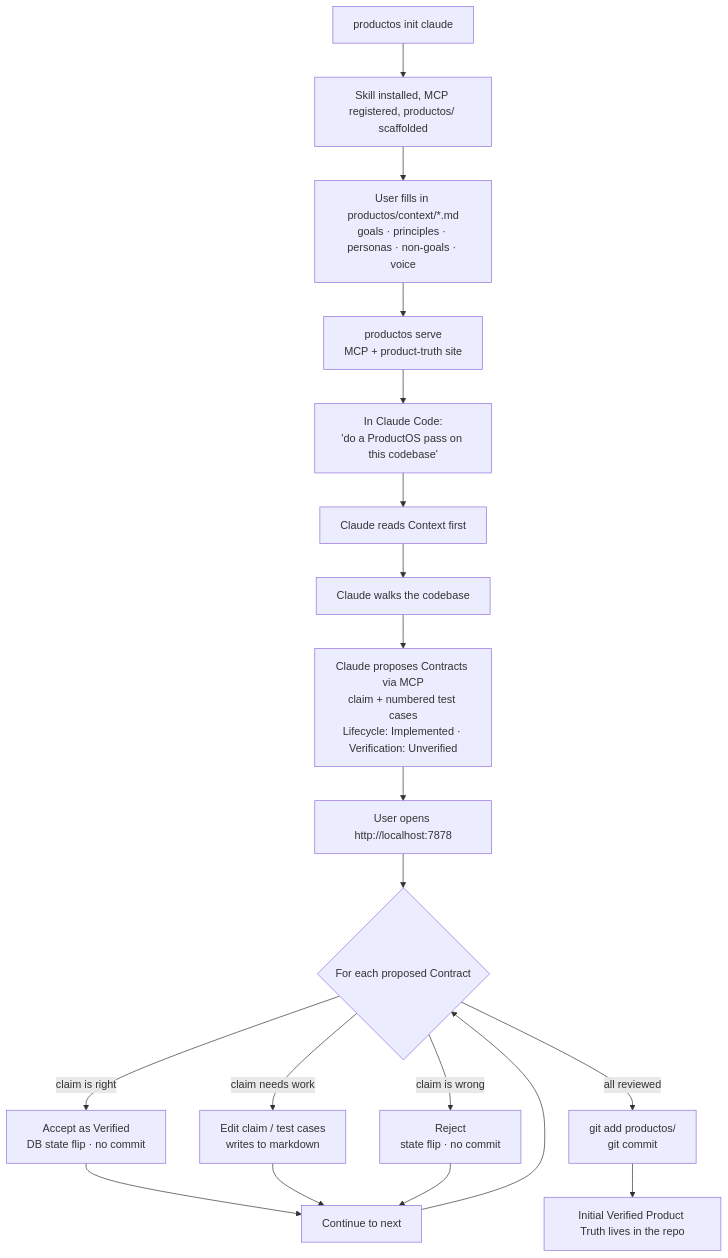
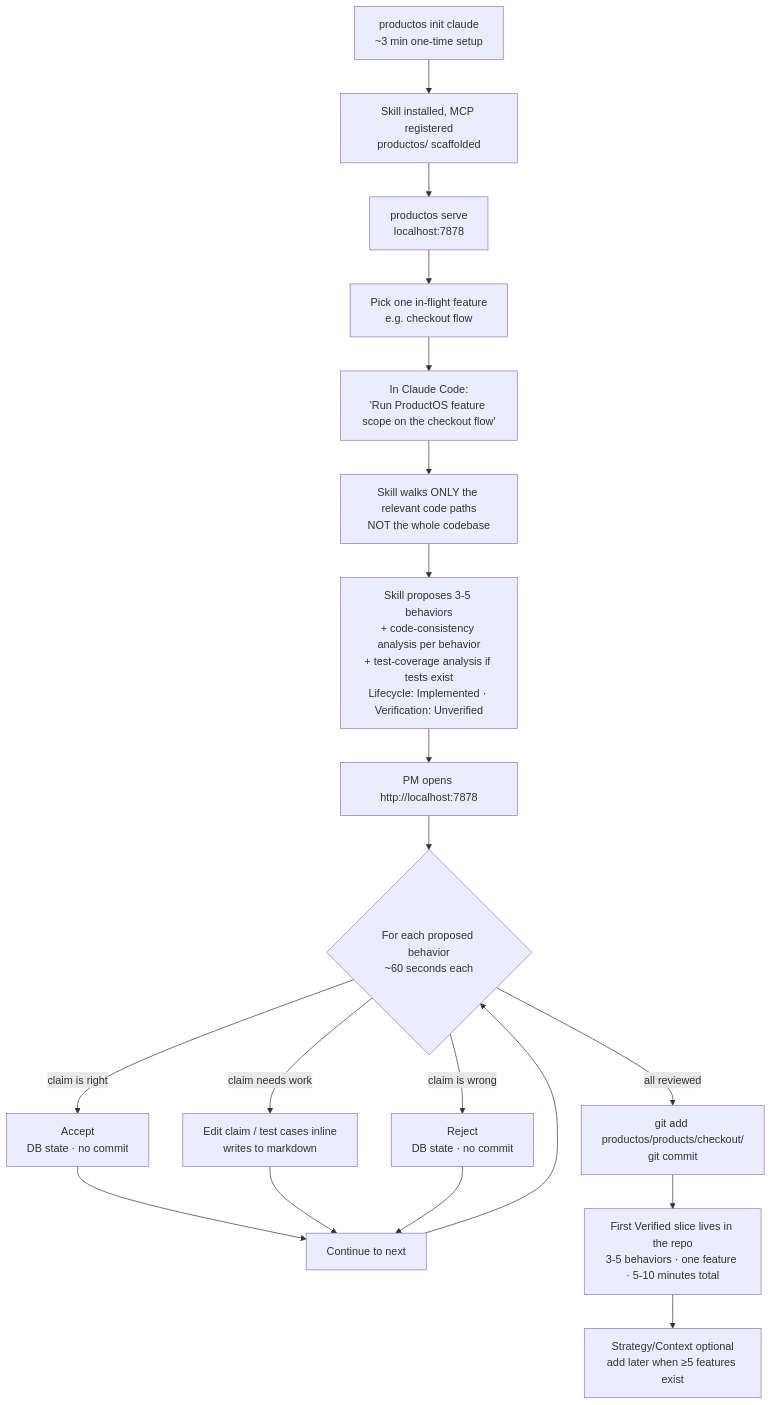
One commit to ayyoitsp/ProductOS changed the first of 3 diagrams in USE_CASES.md. Above: the diagram before and after it, drawn with Mermaid. The commit also changed other lines of this file and 3 other files, not shown here.

First line of the commit message:
docs: refactor v0.1 model — three-layer architecture + PM-led persona (#8)

````diff
--- a/USE_CASES.md
+++ b/USE_CASES.md
@@ -21,24 +21,24 @@
 ```mermaid
 flowchart TD
-    A[productos init claude] --> B[Skill installed, MCP registered, productos/ scaffolded]
-    B --> C[User fills in productos/context/*.md<br/>goals · principles · personas · non-goals · voice]
-    C --> D[productos serve<br/>MCP + product-truth site]
-    D --> E[In Claude Code:<br/>'do a ProductOS pass on this codebase']
+    A[productos init claude<br/>~3 min one-time setup] --> B[Skill installed, MCP registered<br/>productos/ scaffolded]
+    B --> C[productos serve<br/>localhost:7878]
+    C --> D[Pick one in-flight feature<br/>e.g. checkout flow]
+    D --> E[In Claude Code:<br/>'Run ProductOS feature scope on the checkout flow']
 
-    E --> F[Claude reads Context first]
-    F --> G[Claude walks the codebase]
-    G --> H[Claude proposes Contracts via MCP<br/>claim + numbered test cases<br/>Lifecycle: Implemented · Verification: Unverified]
+    E --> F[Skill walks ONLY the relevant code paths<br/>NOT the whole codebase]
+    F --> G[Skill proposes 3-5 behaviors<br/>+ code-consistency analysis per behavior<br/>+ test-coverage analysis if tests exist<br/>Lifecycle: Implemented · Verification: Unverified]
 
-    H --> I[User opens http://localhost:7878]
-    I --> J{For each proposed Contract}
-    J -->|claim is right| K[Accept as Verified<br/>DB state flip · no commit]
-    J -->|claim needs work| L[Edit claim / test cases<br/>writes to markdown]
-    J -->|claim is wrong| M[Reject<br/>state flip · no commit]
+    G --> H[PM opens http://localhost:7878]
+    H --> I{For each proposed behavior<br/>~60 seconds each}
+    I -->|claim is right| K[Accept<br/>DB state · no commit]
+    I -->|claim needs work| L[Edit claim / test cases inline<br/>writes to markdown]
+    I -->|claim is wrong| M[Reject<br/>DB state · no commit]
     K --> N[Continue to next]
     L --> N
     M --> N
-    N --> J
+    N --> I
 
-    J -->|all reviewed| O[git add productos/<br/>git commit]
-    O --> P[Initial Verified Product Truth lives in the repo]
+    I -->|all reviewed| O[git add productos/products/checkout/<br/>git commit]
+    O --> P[First Verified slice lives in the repo<br/>3-5 behaviors · one feature · 5-10 minutes total]
+    P --> Q[Strategy/Context optional<br/>add later when ≥5 features exist]
 ```
````
